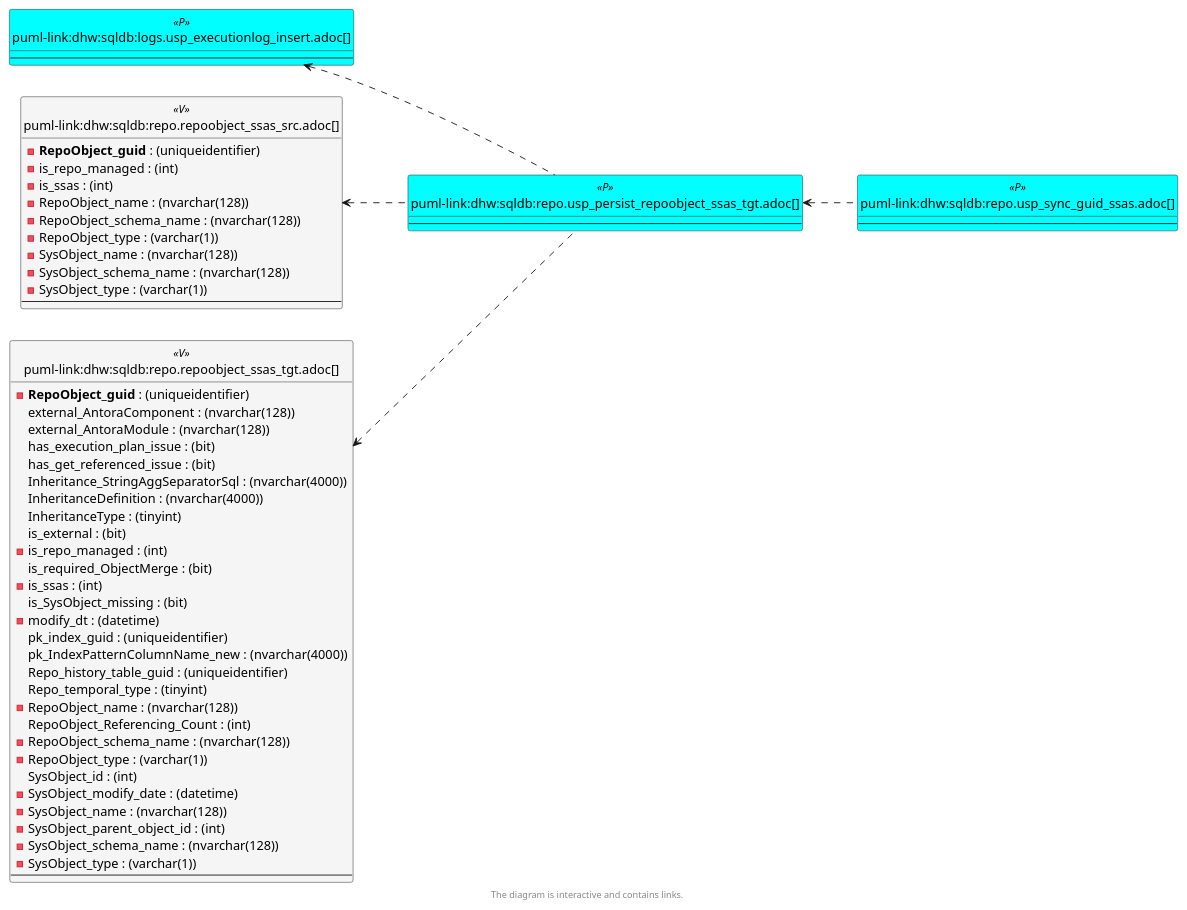
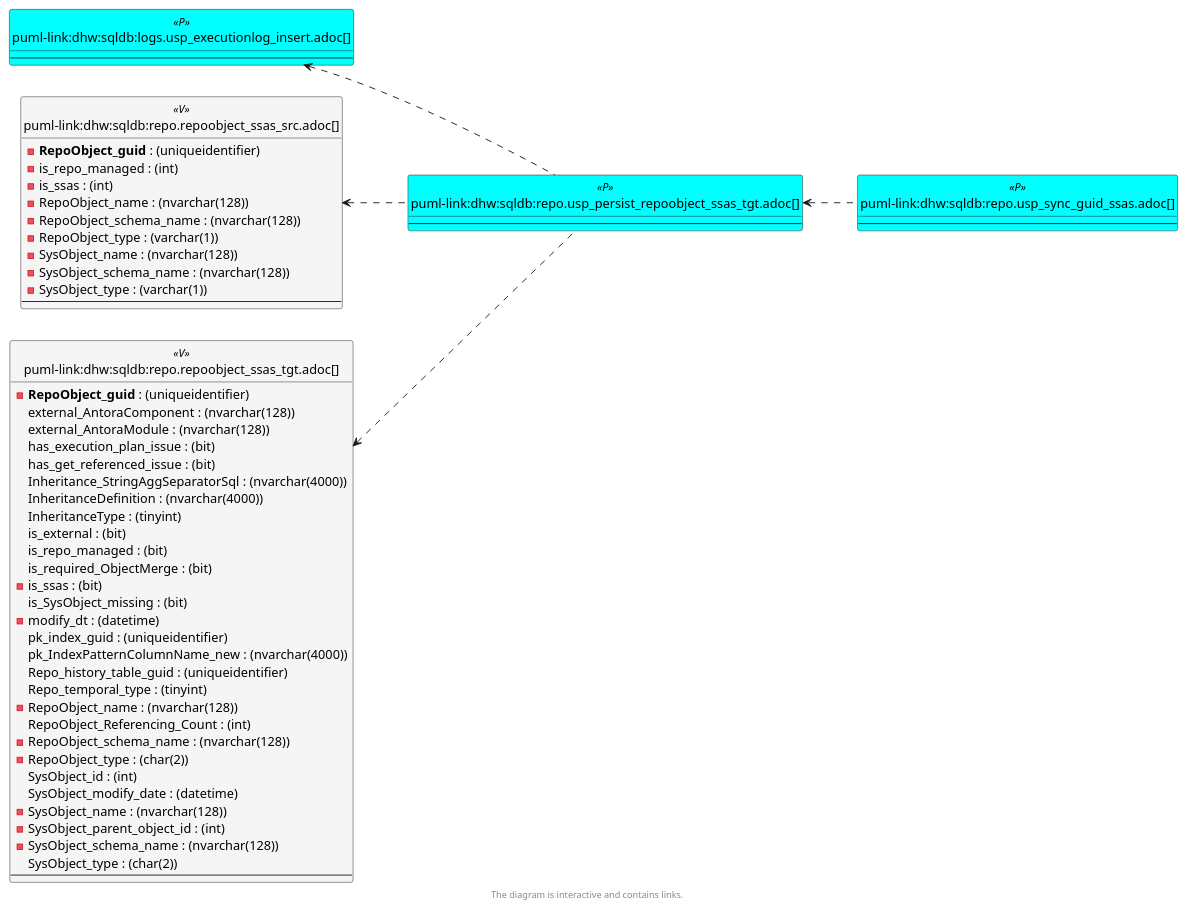
The sixth of 6 diagrams in docs/modules/sqldb/partials/content/repo.usp_persist_repoobject_ssas_tgt.adoc (DataHandwerk/dhw-antora-sqldb), drawn with PlantUML before and after one commit. The commit also changed other lines of this file and 641 other files, not shown here.

```diff
--- a/docs/modules/sqldb/partials/content/repo.usp_persist_repoobject_ssas_tgt.adoc
+++ b/docs/modules/sqldb/partials/content/repo.usp_persist_repoobject_ssas_tgt.adoc
@@ -941,9 +941,9 @@
   InheritanceDefinition : (nvarchar(4000))
   InheritanceType : (tinyint)
   is_external : (bit)
-  - is_repo_managed : (int)
+  is_repo_managed : (bit)
   is_required_ObjectMerge : (bit)
-  - is_ssas : (int)
+  - is_ssas : (bit)
   is_SysObject_missing : (bit)
   - modify_dt : (datetime)
   pk_index_guid : (uniqueidentifier)
@@ -953,13 +953,13 @@
   - RepoObject_name : (nvarchar(128))
   RepoObject_Referencing_Count : (int)
   - RepoObject_schema_name : (nvarchar(128))
-  - RepoObject_type : (varchar(1))
+  - RepoObject_type : (char(2))
   SysObject_id : (int)
-  - SysObject_modify_date : (datetime)
+  SysObject_modify_date : (datetime)
   - SysObject_name : (nvarchar(128))
   - SysObject_parent_object_id : (int)
   - SysObject_schema_name : (nvarchar(128))
-  - SysObject_type : (varchar(1))
+  SysObject_type : (char(2))
   --
 }
 
```
